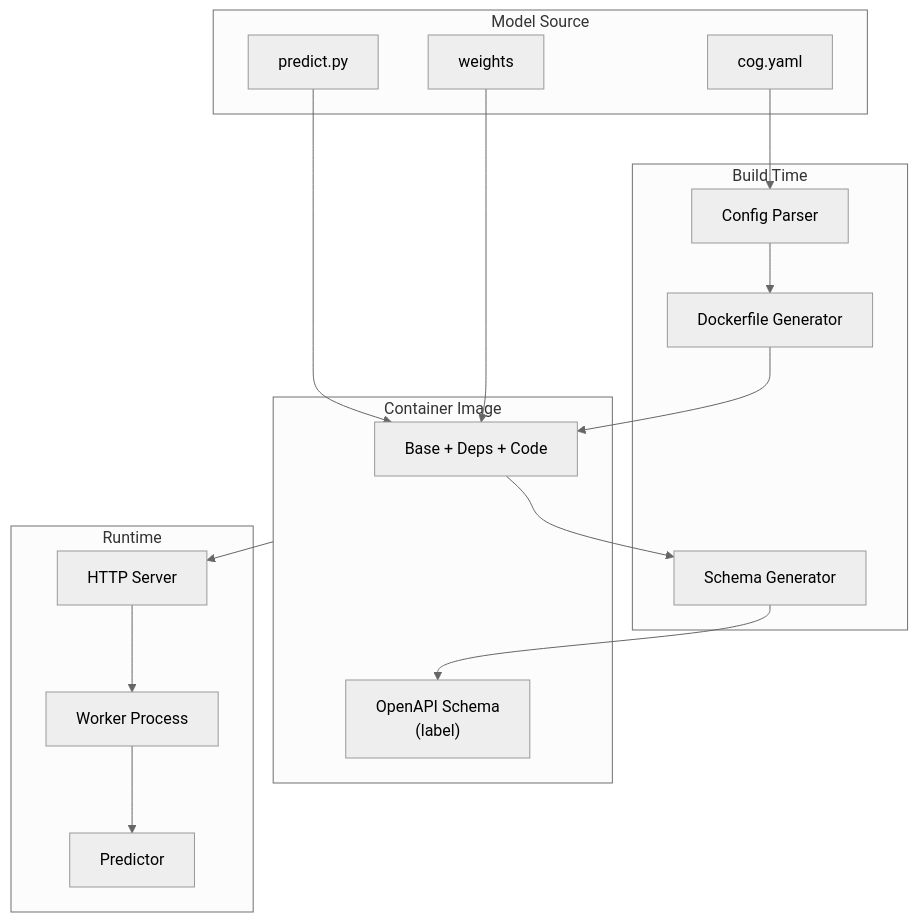
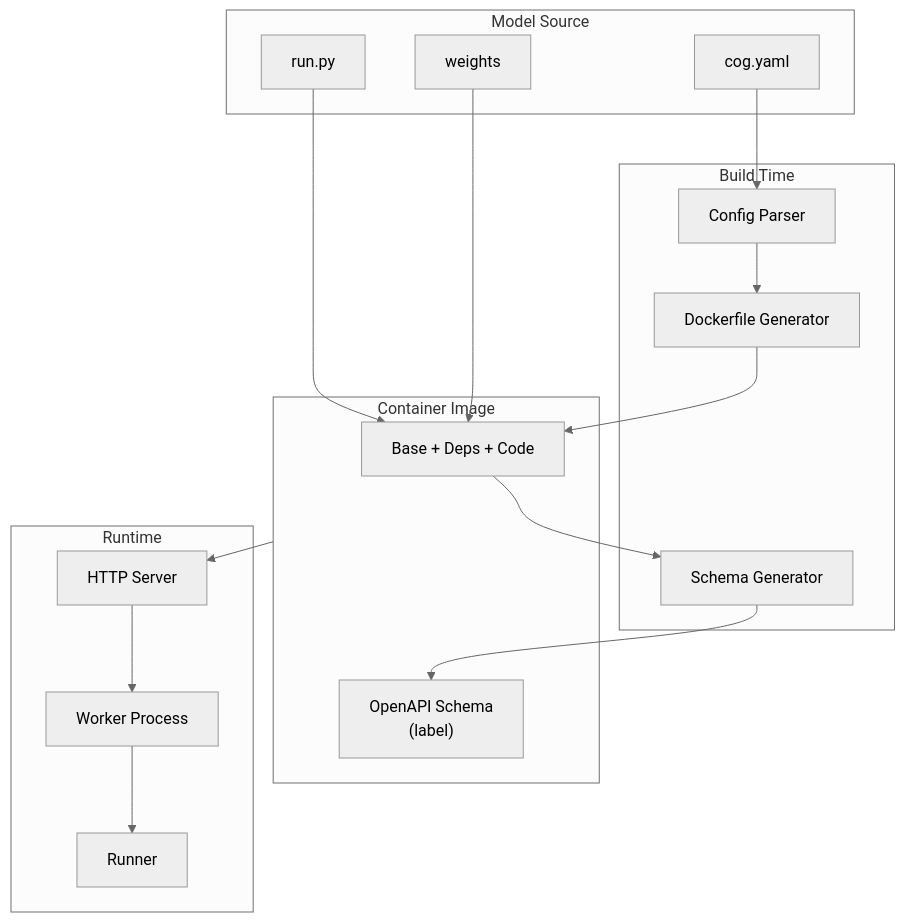
One commit to replicate/cog changed the second of 2 diagrams in architecture/00-overview.md. Above: the diagram before and after it, drawn with Mermaid (neutral theme). The commit also changed other lines of this file and 21 other files, not shown here.

First line of the commit message:
Update all documentation to use run/Runner terminology

````diff
--- a/architecture/00-overview.md
+++ b/architecture/00-overview.md
@@ -88,38 +88,38 @@
 ```mermaid
 flowchart TB
     subgraph source["Model Source"]
         yaml["cog.yaml"]
-        code["predict.py"]
+        code["run.py"]
         weights["weights"]
     end
     
     subgraph build["Build Time"]
         config["Config Parser"]
         generator["Dockerfile Generator"]
         schema_gen["Schema Generator"]
     end
     
     subgraph image["Container Image"]
         layers["Base + Deps + Code"]
         schema["OpenAPI Schema<br/>(label)"]
     end
     
     subgraph runtime["Runtime"]
         server["HTTP Server"]
         worker["Worker Process"]
-        predictor["Predictor"]
+        runner["Runner"]
     end
     
     yaml --> config
     config --> generator
     generator --> layers
     code --> layers
     weights --> layers
     
     layers --> schema_gen
     schema_gen --> schema
     
     image --> server
     server --> worker
-    worker --> predictor
+    worker --> runner
 ```
````
